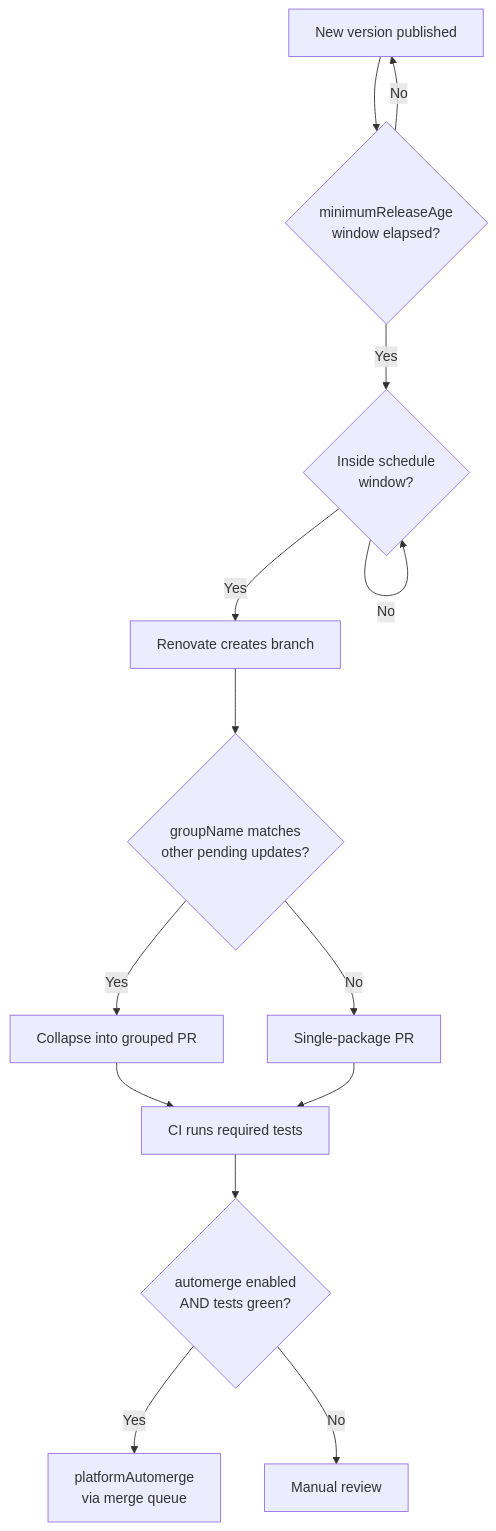
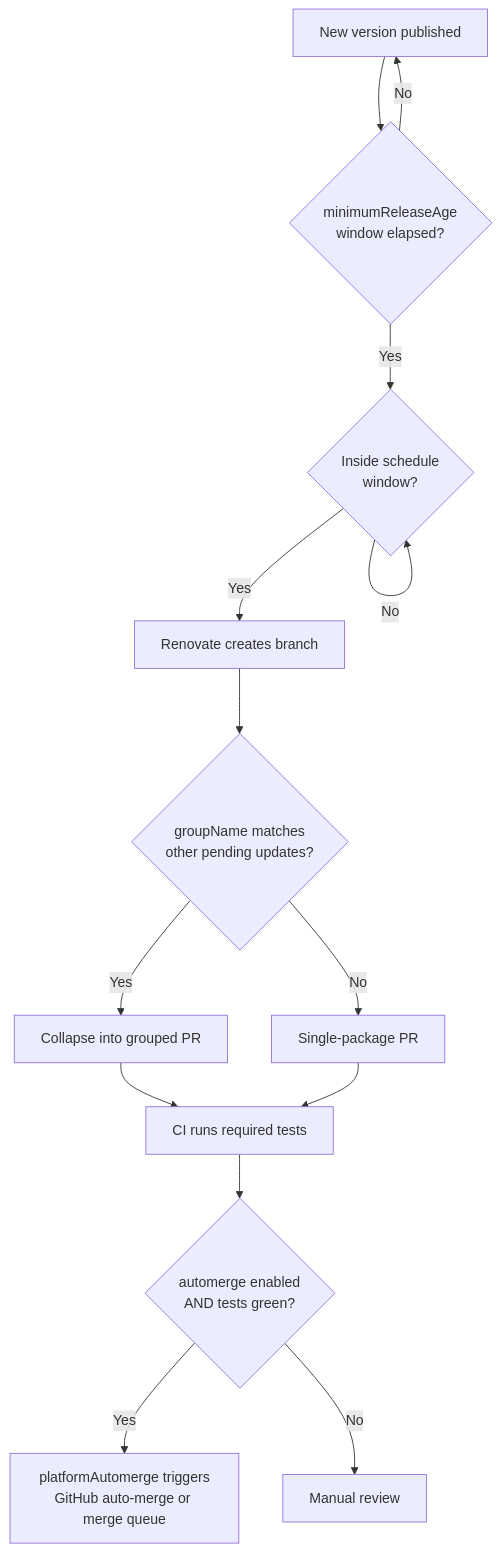
One commit to alivedise/frontend-engineering-essentials changed the diagram in docs/en/Developer Experience and Tooling/renovate.md. Above: the diagram before and after it, drawn with Mermaid. The commit also changed other lines of this file and 1 other file, not shown here.

````diff
--- a/docs/en/Developer Experience and Tooling/renovate.md
+++ b/docs/en/Developer Experience and Tooling/renovate.md
@@ -48,16 +24,16 @@
 ```mermaid
 flowchart TD
   A[New version published] --> B{minimumReleaseAge<br/>window elapsed?}
   B -- No --> A
   B -- Yes --> C{Inside schedule<br/>window?}
   C -- No --> C
   C -- Yes --> D[Renovate creates branch]
   D --> E{groupName matches<br/>other pending updates?}
   E -- Yes --> F[Collapse into grouped PR]
   E -- No --> G[Single-package PR]
   F --> H[CI runs required tests]
   G --> H
   H --> I{automerge enabled<br/>AND tests green?}
-  I -- Yes --> J[platformAutomerge<br/>via merge queue]
+  I -- Yes --> J[platformAutomerge triggers<br/>GitHub auto-merge or merge queue]
   I -- No --> K[Manual review]
 ```
````
